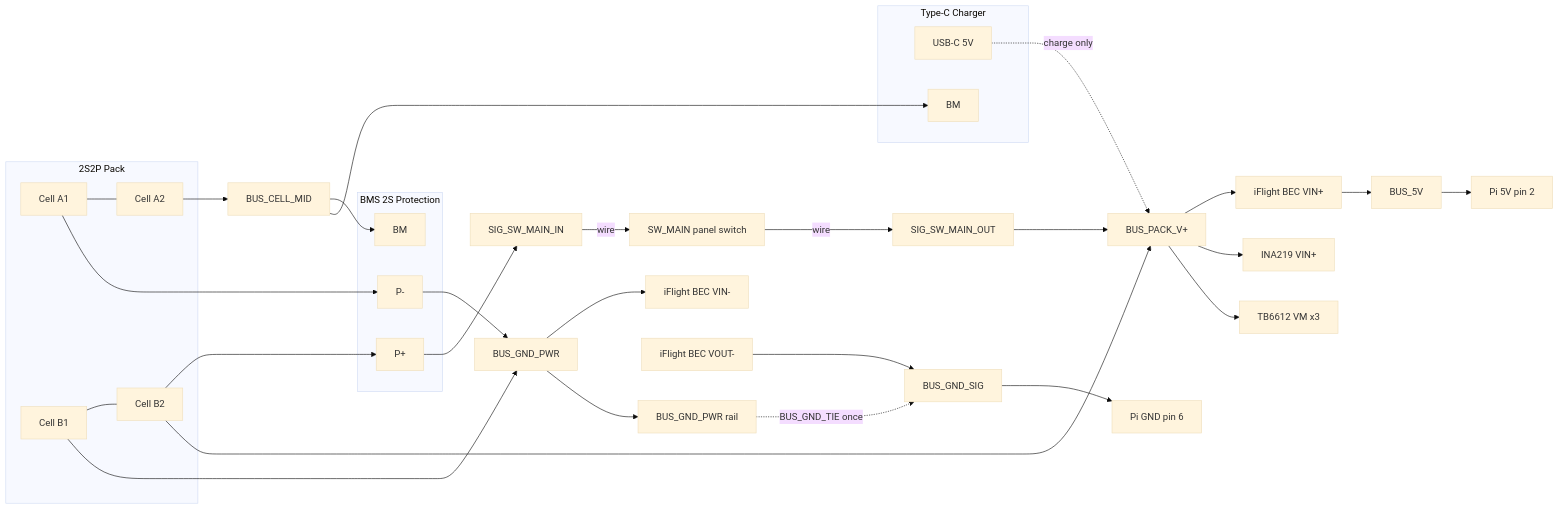
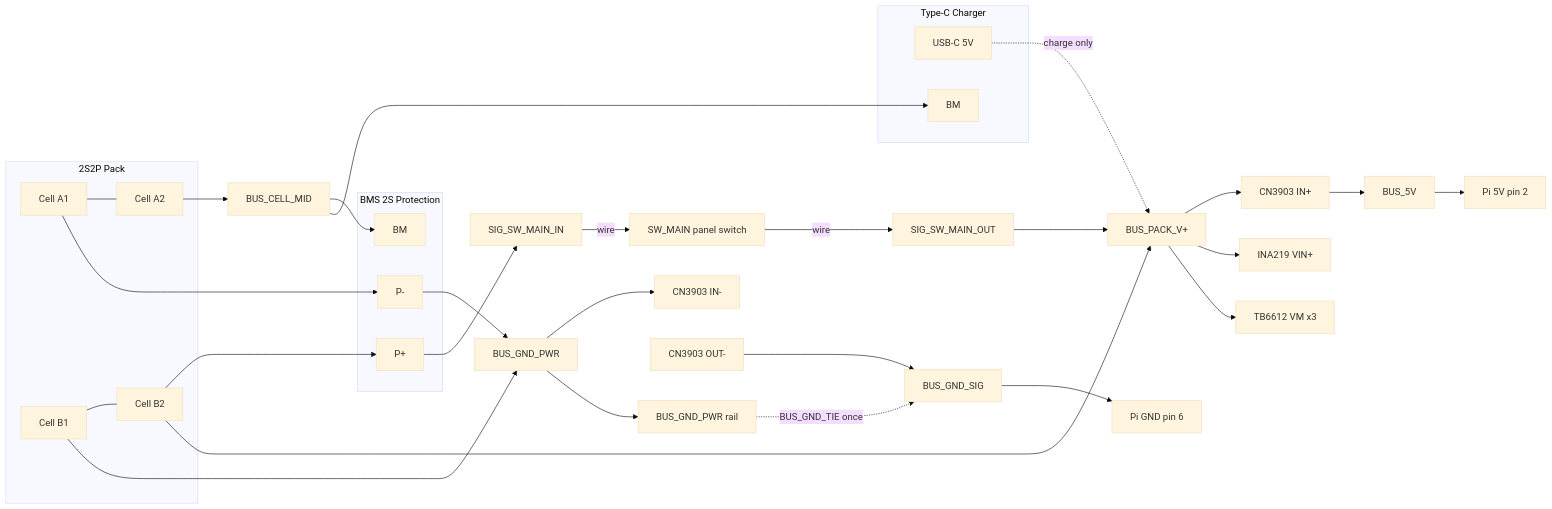
One commit to Aspience/fpv-rover changed the fourth of 9 diagrams in SCHEMA.md. Above: the diagram before and after it, drawn with Mermaid (base theme). The commit also changed other lines of this file, not shown here.

Commit message:
Replace iFlight to CN3903

````diff
--- a/SCHEMA.md
+++ b/SCHEMA.md
@@ -203,55 +203,55 @@
 ```mermaid
 flowchart LR
   subgraph cells [2S2P Pack]
     S1A[Cell A1]
     S1B[Cell A2]
     S2A[Cell B1]
     S2B[Cell B2]
   end
 
   subgraph bmsBlock [BMS 2S Protection]
     BMS_BM[BM]
     BMS_PP[P+]
     BMS_PN[P-]
   end
 
   subgraph chgBlock [Type-C Charger]
     CHG_USB[USB-C 5V]
     CHG_BM[BM]
   end
 
   SW_MAIN[SW_MAIN panel switch]
 
   PACKP[BUS_PACK_V+]
   PACKN[BUS_GND_PWR]
   MID[BUS_CELL_MID]
   SIGGND[BUS_GND_SIG]
 
   S1A --- S1B
   S2A --- S2B
   S1A --> BMS_PN
   S1B --> MID
   S2B --> BMS_PP
   S2A --> PACKN
   S2B --> PACKP
   BMS_PP --> SW_IN[SIG_SW_MAIN_IN]
   SW_IN -->|wire| SW_MAIN
   SW_MAIN -->|wire| SW_OUT[SIG_SW_MAIN_OUT]
   SW_OUT --> PACKP
   BMS_PN --> PACKN
   MID --> BMS_BM
   MID --> CHG_BM
   CHG_USB -.->|charge only| PACKP
 
-  PACKP --> BEC_IN[iFlight BEC VIN+]
+  PACKP --> BEC_IN[CN3903 IN+]
   PACKP --> INA_VIN[INA219 VIN+]
   PACKP --> DRV_VM[TB6612 VM x3]
-  PACKN --> BEC_VINM[iFlight BEC VIN-]
+  PACKN --> BEC_VINM[CN3903 IN-]
   PACKN --> GND_PWR[BUS_GND_PWR rail]
 
   BEC_IN --> BEC_OUT[BUS_5V]
   BEC_OUT --> PI_5V[Pi 5V pin 2]
-  BEC_VOUTM[iFlight BEC VOUT-] --> SIGGND
+  BEC_VOUTM[CN3903 OUT-] --> SIGGND
   SIGGND --> PI_GND[Pi GND pin 6]
   GND_PWR -.->|BUS_GND_TIE once| SIGGND
 ```
````
